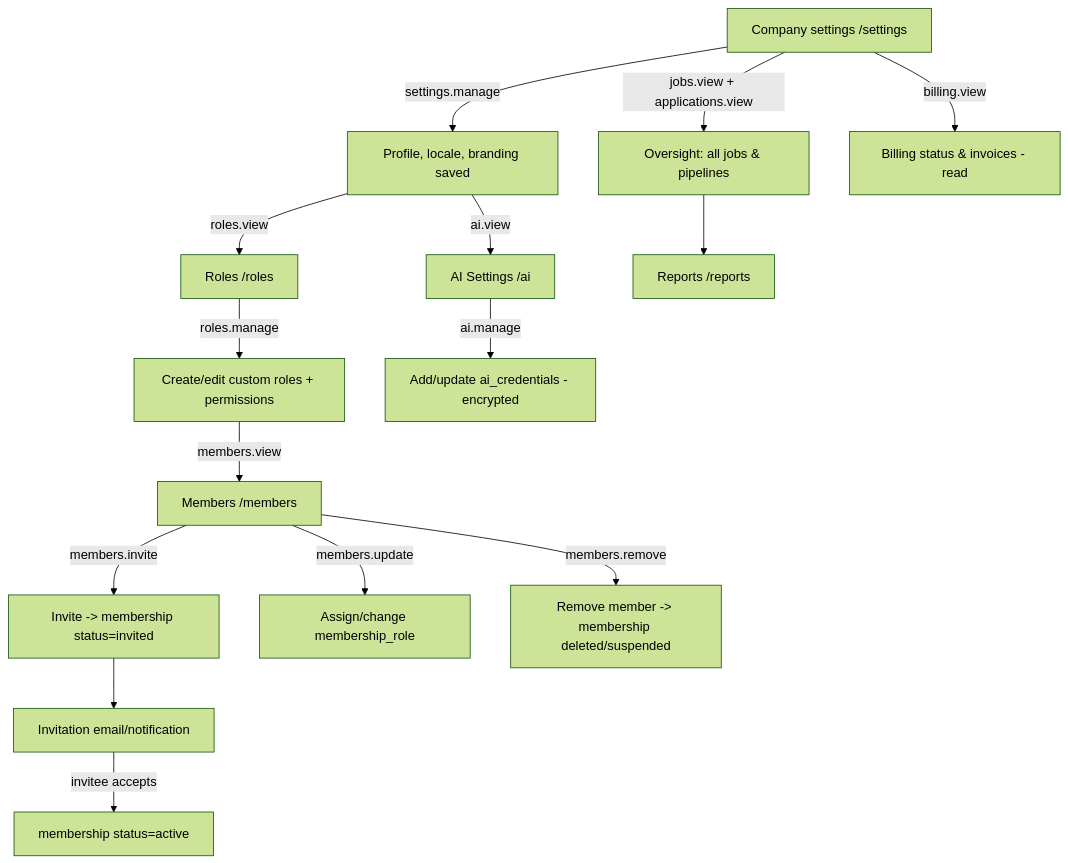
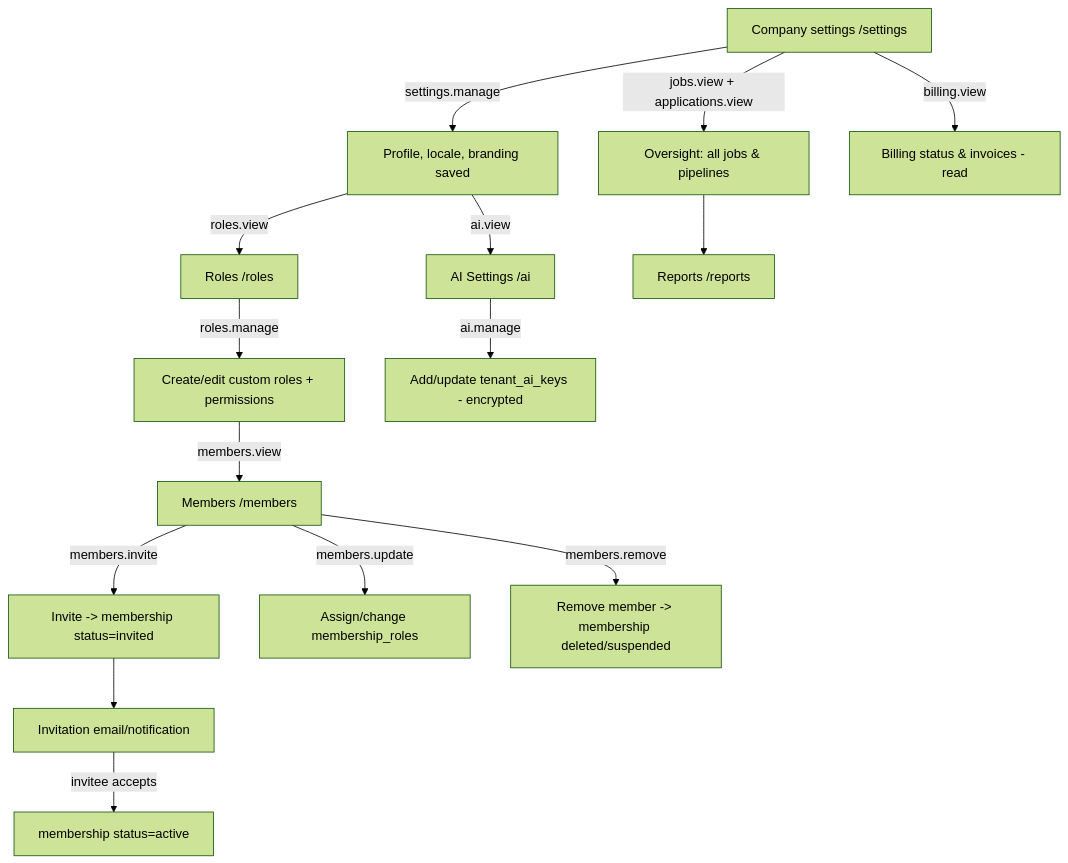
The second of 2 diagrams in docs/21-HR-Journey.md (ammarnabileg/crm), drawn with Mermaid (forest theme) before and after one commit. The commit also changed other lines of this file and 47 other files, not shown here.

````diff
--- a/docs/21-HR-Journey.md
+++ b/docs/21-HR-Journey.md
@@ -79,17 +79,17 @@
 ```mermaid
 flowchart TD
     A[Company settings /settings] -->|settings.manage| B[Profile, locale, branding saved]
     B -->|roles.view| C[Roles /roles]
     C -->|roles.manage| D[Create/edit custom roles + permissions]
     D -->|members.view| E[Members /members]
     E -->|members.invite| F[Invite -> membership status=invited]
     F --> G[Invitation email/notification]
     G -->|invitee accepts| H[membership status=active]
-    E -->|members.update| I[Assign/change membership_role]
+    E -->|members.update| I[Assign/change membership_roles]
     E -->|members.remove| J[Remove member -> membership deleted/suspended]
     B -->|ai.view| K[AI Settings /ai]
-    K -->|ai.manage| L[Add/update ai_credentials - encrypted]
+    K -->|ai.manage| L[Add/update tenant_ai_keys - encrypted]
     A -->|jobs.view + applications.view| M[Oversight: all jobs & pipelines]
     M --> N[Reports /reports]
     A -->|billing.view| O[Billing status & invoices - read]
 ```
````
